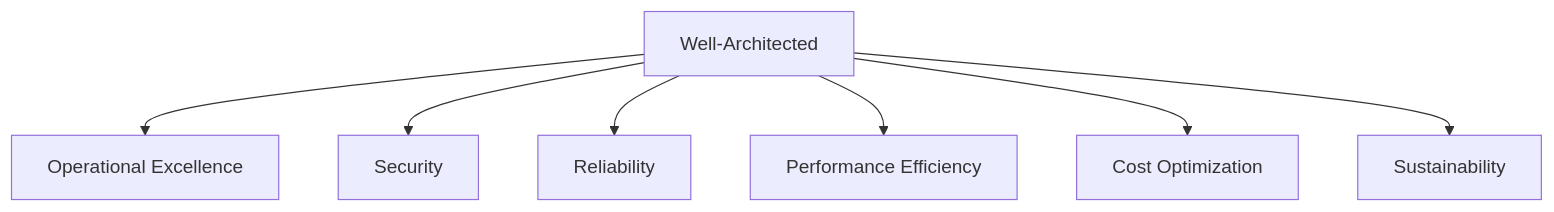
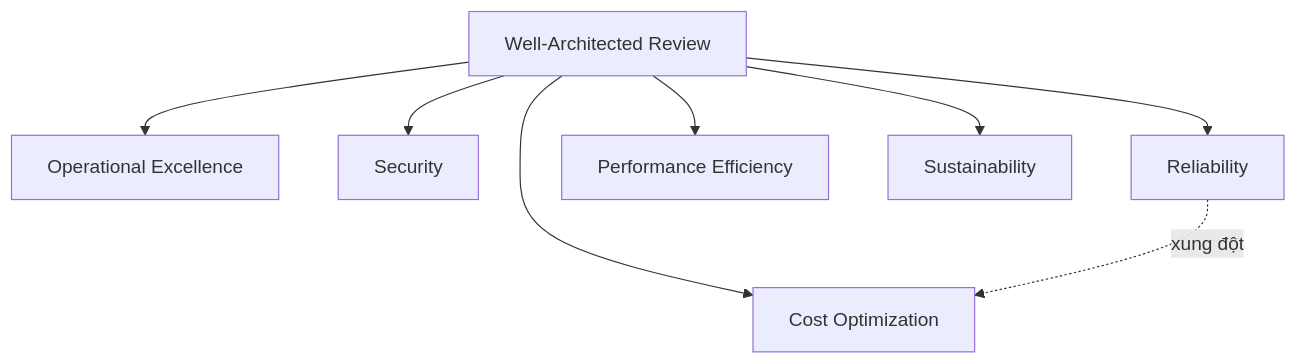
Before and after one commit to passion-Infinity/personal-tech-playbook: the diagram in src/assets/knowledge/playbooks/aws/aws-well-architected-framework.md, drawn with Mermaid. The commit also changed other lines of this file and 6 other files, not shown here.

First line of the commit message:
Deep-dive rewrite: API Gateway/Step Functions, Kinesis, data analytics, CloudFormation, Organizations, Well-Architected

````diff
--- a/src/assets/knowledge/playbooks/aws/aws-well-architected-framework.md
+++ b/src/assets/knowledge/playbooks/aws/aws-well-architected-framework.md
@@ -17,9 +28,10 @@
 ```mermaid
 flowchart TD
-    WAF["Well-Architected"] --> OE["Operational Excellence"]
+    WAF["Well-Architected Review"] --> OE["Operational Excellence"]
     WAF --> SEC[Security]
     WAF --> REL[Reliability]
     WAF --> PERF["Performance Efficiency"]
     WAF --> COST["Cost Optimization"]
     WAF --> SUS[Sustainability]
+    REL -.->|"xung đột"| COST
 ```
````
